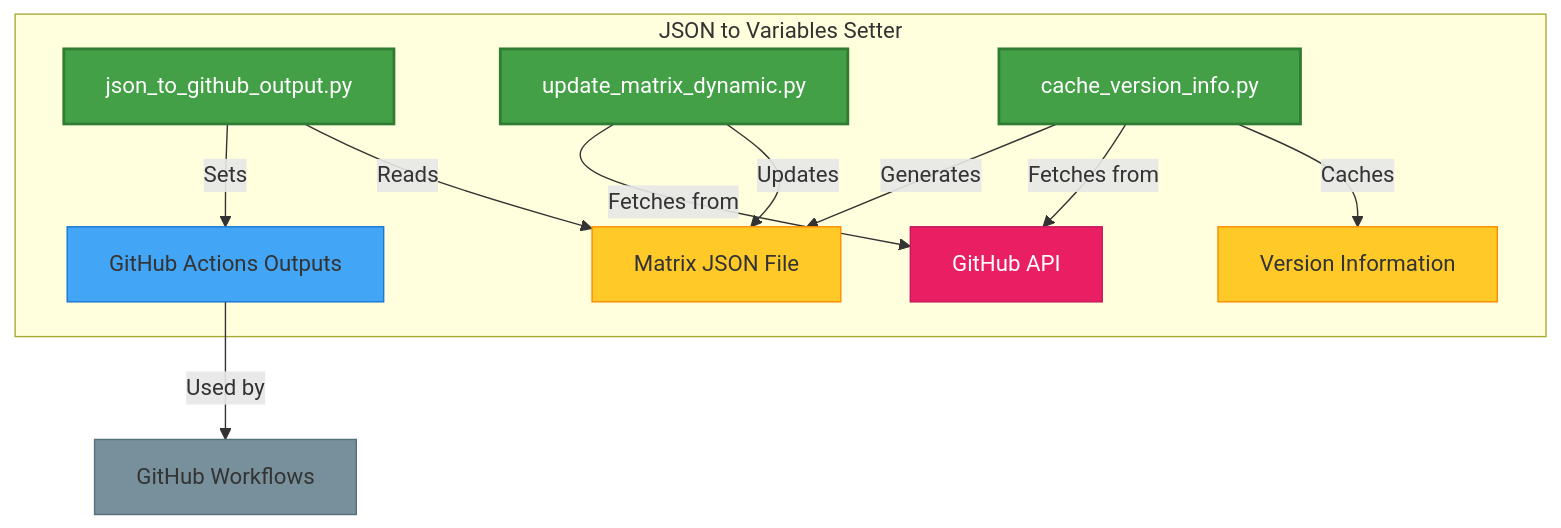
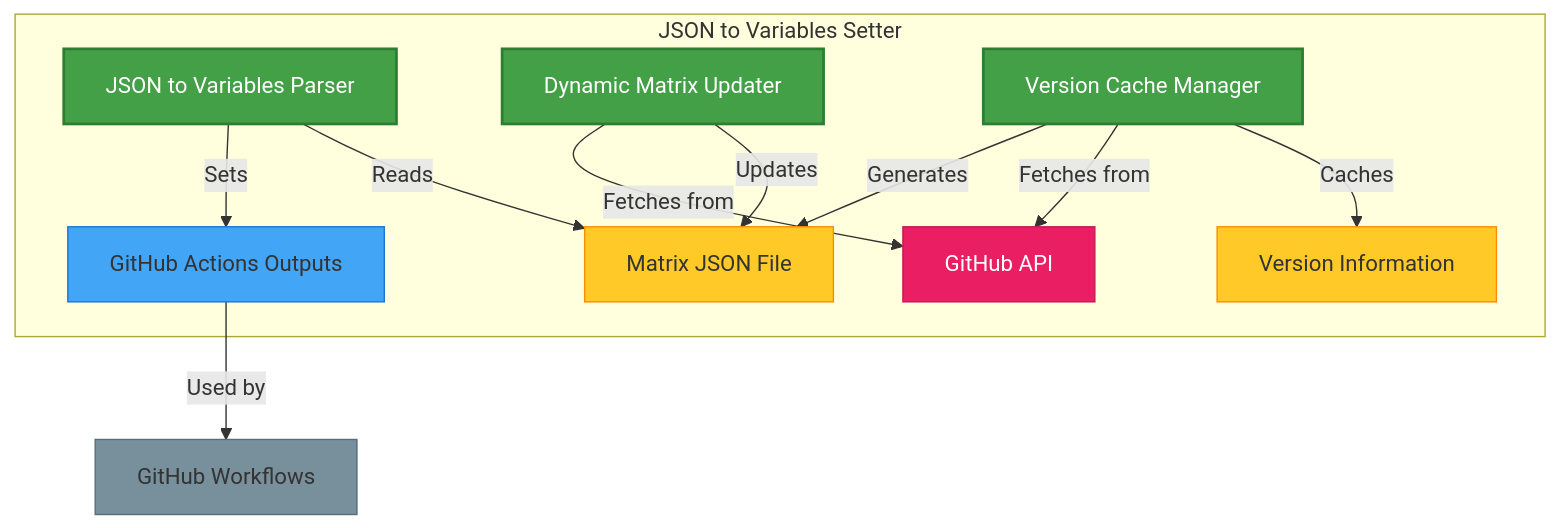
One commit to 7rikazhexde/json2vars-setter changed the diagram in mermaid/diagram.mmd. Above: the diagram before and after it, drawn with Mermaid. The commit also changed 5 other files, not shown here.

Commit message:
:recycle: Update SVG diagram for JSON to Variables Setter flowchart with improved dimensions and node labels

```diff
--- a/mermaid/diagram.mmd
+++ b/mermaid/diagram.mmd
@@ -1,26 +1,26 @@
 graph TD
     subgraph "JSON to Variables Setter"
-        A[json_to_github_output.py] -->|Reads| B[Matrix JSON File]
+        A[JSON to Variables Parser] -->|Reads| B[Matrix JSON File]
         A -->|Sets| C[GitHub Actions Outputs]
 
-        D[update_matrix_dynamic.py] -->|Updates| B
+        D[Dynamic Matrix Updater] -->|Updates| B
         D -->|Fetches from| E[GitHub API]
 
-        F[cache_version_info.py] -->|Caches| G[Version Information]
+        F[Version Cache Manager] -->|Caches| G[Version Information]
         F -->|Fetches from| E
         F -->|Generates| B
     end
 
     C -->|Used by| I[GitHub Workflows]
 
     classDef core fill:#43a047,stroke:#2e7d32,stroke-width:2px,color:#fff
     classDef file fill:#ffca28,stroke:#fb8c00,stroke-width:1px,color:#333333
     classDef output fill:#42a5f5,stroke:#1976d2,stroke-width:1px
     classDef external fill:#78909c,stroke:#546e7a,stroke-width:1px
     classDef api fill:#e91e63,stroke:#c2185b,stroke-width:1px,color:#fff
 
     class A,D,F core
     class B,G file
     class C output
     class I external
     class E api
```
